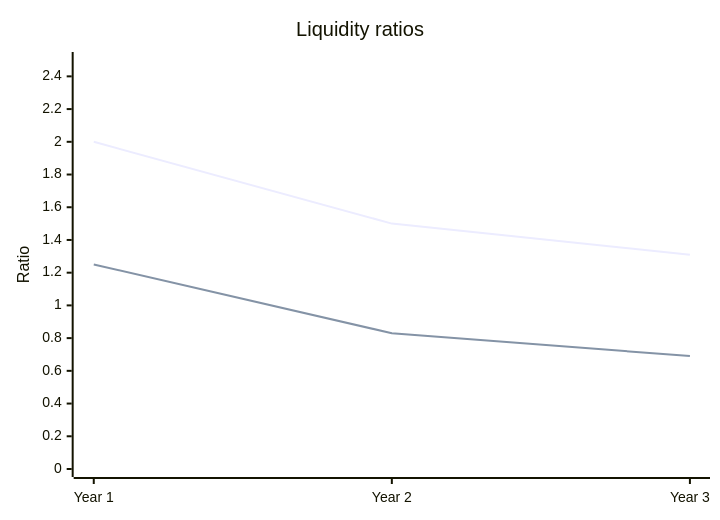
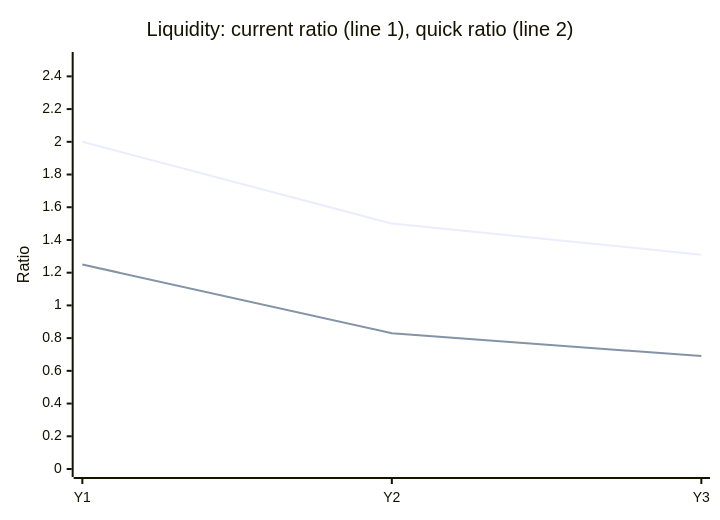
One commit to vrevolverrr/vicher changed the diagram in eval/figure/generated/haiku/a-ratios.md. Above: the diagram before and after it, drawn with Mermaid. The commit also changed other lines of this file and 105 other files, not shown here.

Commit message:
test(eval): regenerate the figure replies with groups and states

````diff
--- a/eval/figure/generated/haiku/a-ratios.md
+++ b/eval/figure/generated/haiku/a-ratios.md
@@ -13,8 +16,8 @@
 ```mermaid
 xychart-beta
-    title "Liquidity ratios"
-    x-axis ["Year 1", "Year 2", "Year 3"]
+    title "Liquidity: current ratio (line 1), quick ratio (line 2)"
+    x-axis ["Y1", "Y2", "Y3"]
     y-axis "Ratio" 0 --> 2.5
     line [2.00, 1.50, 1.31]
     line [1.25, 0.83, 0.69]
 ```
````
